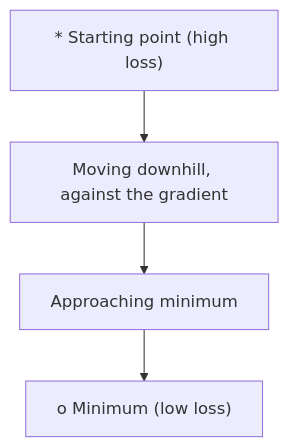
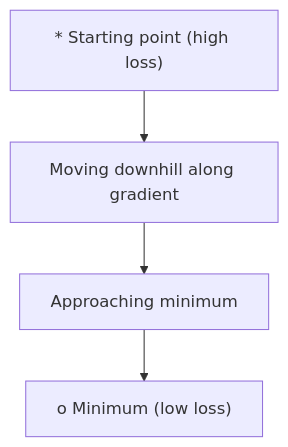
Before and after one commit to wdf13/ai-engineering-from-scratch: the first of 5 diagrams in learning-artifacts/cn/phases/01-math-foundations/08-optimization/docs/zh.md, drawn with Mermaid. The commit also changed other lines of this file, not shown here.

````diff
--- a/learning-artifacts/cn/phases/01-math-foundations/08-optimization/docs/zh.md
+++ b/learning-artifacts/cn/phases/01-math-foundations/08-optimization/docs/zh.md
@@ -58,6 +61,6 @@
 ```mermaid
 graph TD
-    A["* Starting point (high loss)"] --> B["Moving downhill, against the gradient"]
+    A["* Starting point (high loss)"] --> B["Moving downhill along gradient"]
     B --> C["Approaching minimum"]
     C --> D["o Minimum (low loss)"]
 ```
````
